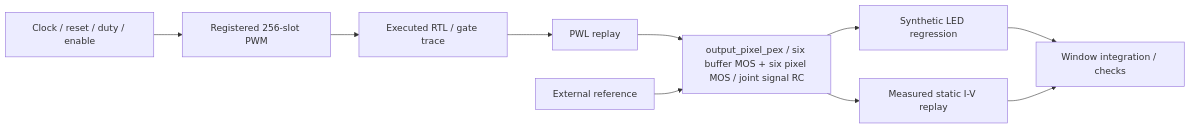
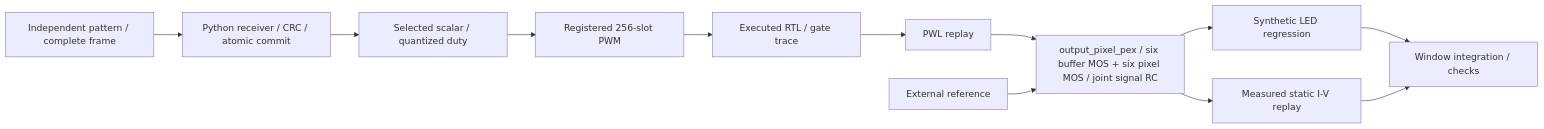
Before and after one commit to Kevin-Kaiyo/open-microled-driver-asic: the diagram in README.md, drawn with Mermaid. The commit also changed other lines of this file and 29 other files, not shown here.

````diff
--- a/README.md
+++ b/README.md
@@ -23,12 +24,14 @@
 ```mermaid
 flowchart LR
-    INPUT[Clock / reset / duty / enable] --> PWM[Registered 256-slot PWM]
+    FRAME[Independent pattern / complete frame] --> MODEL[Python receiver / CRC / atomic commit]
+    MODEL --> INPUT[Selected scalar / quantized duty]
+    INPUT --> PWM[Registered 256-slot PWM]
     PWM --> TRACE[Executed RTL / gate trace]
     TRACE --> BRIDGE[PWL replay]
     BRIDGE --> JOINT[output_pixel_pex / six buffer MOS + six pixel MOS / joint signal RC]
     REF[External reference] --> JOINT
     JOINT --> SYN[Synthetic LED regression]
     JOINT --> IV[Measured static I-V replay]
     SYN --> CHECK[Window integration / checks]
     IV --> CHECK
 ```
````
